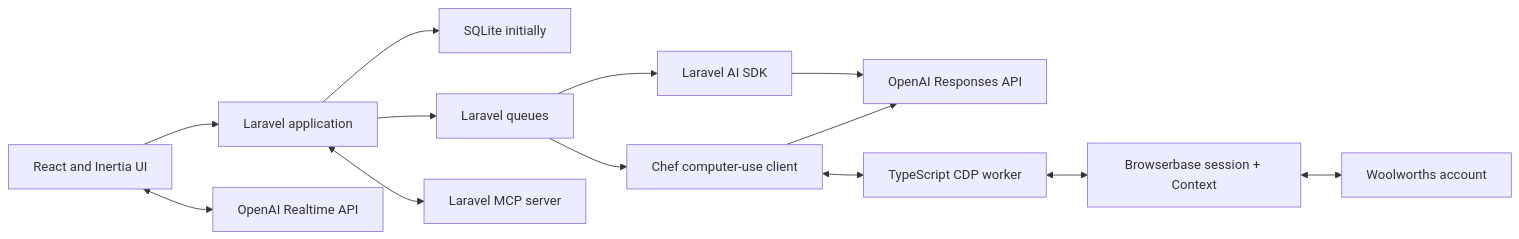
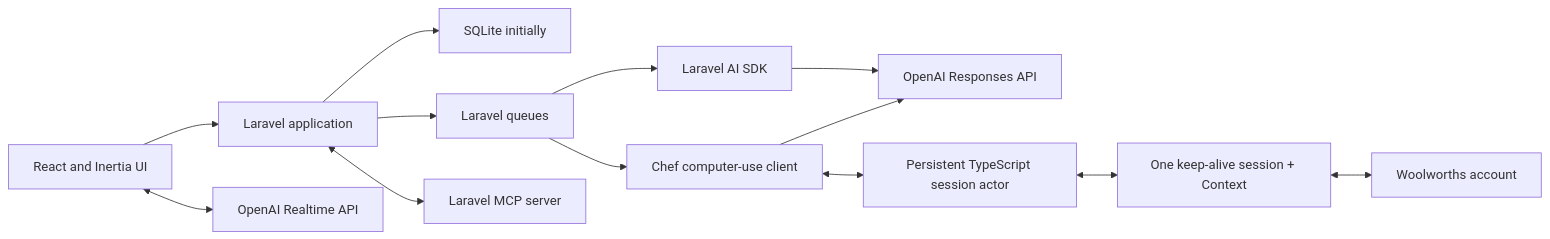
Before and after one commit to DanielFerguson/chef: the diagram in docs/IMPLEMENTATION.md, drawn with Mermaid. The commit also changed other lines of this file and 6 other files, not shown here.

````diff
--- a/docs/IMPLEMENTATION.md
+++ b/docs/IMPLEMENTATION.md
@@ -444,15 +448,15 @@
 ```mermaid
 flowchart LR
     UI["React and Inertia UI"] --> APP["Laravel application"]
     UI <--> REALTIME["OpenAI Realtime API"]
     APP --> DB["SQLite initially"]
     APP --> QUEUE["Laravel queues"]
     QUEUE --> SDK["Laravel AI SDK"]
     SDK --> RESPONSES["OpenAI Responses API"]
     QUEUE --> CUA["Chef computer-use client"]
     CUA --> RESPONSES
-    CUA <--> WORKER["TypeScript CDP worker"]
-    WORKER <--> BB["Browserbase session + Context"]
+    CUA <--> WORKER["Persistent TypeScript session actor"]
+    WORKER <--> BB["One keep-alive session + Context"]
     BB <--> WOOLIES["Woolworths account"]
     APP <--> MCP["Laravel MCP server"]
 ```
````
